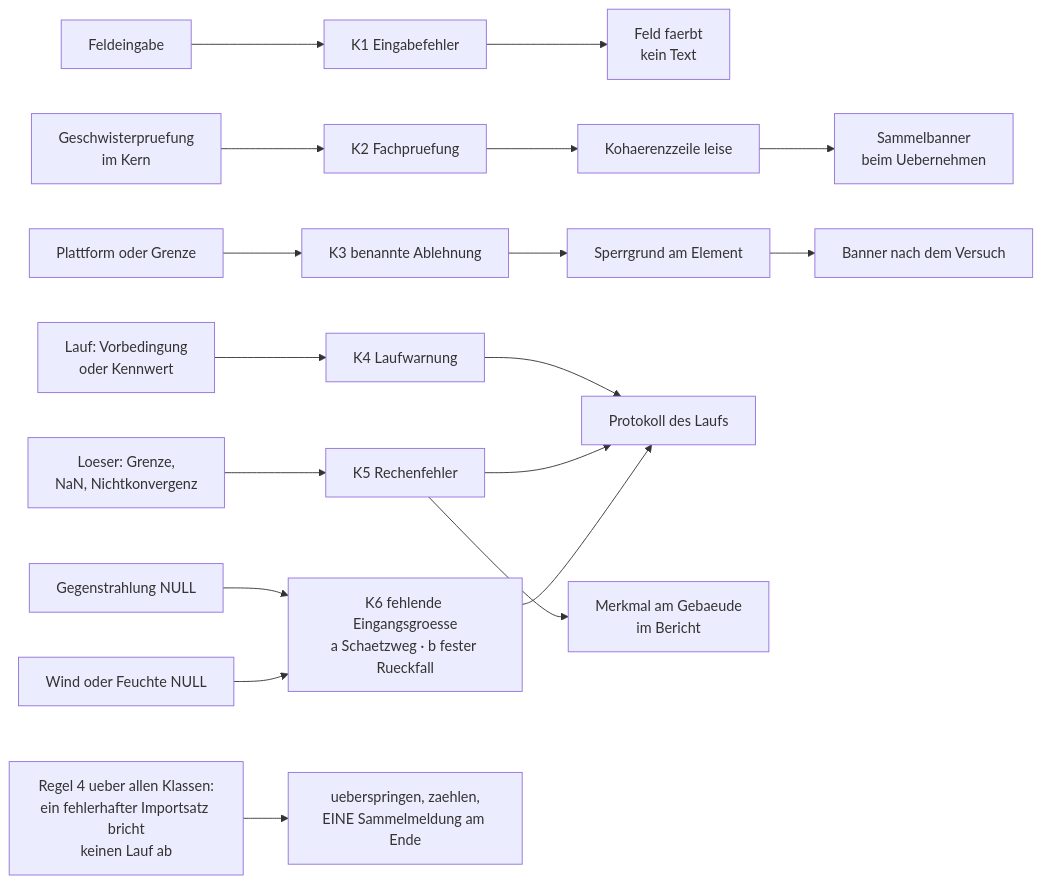
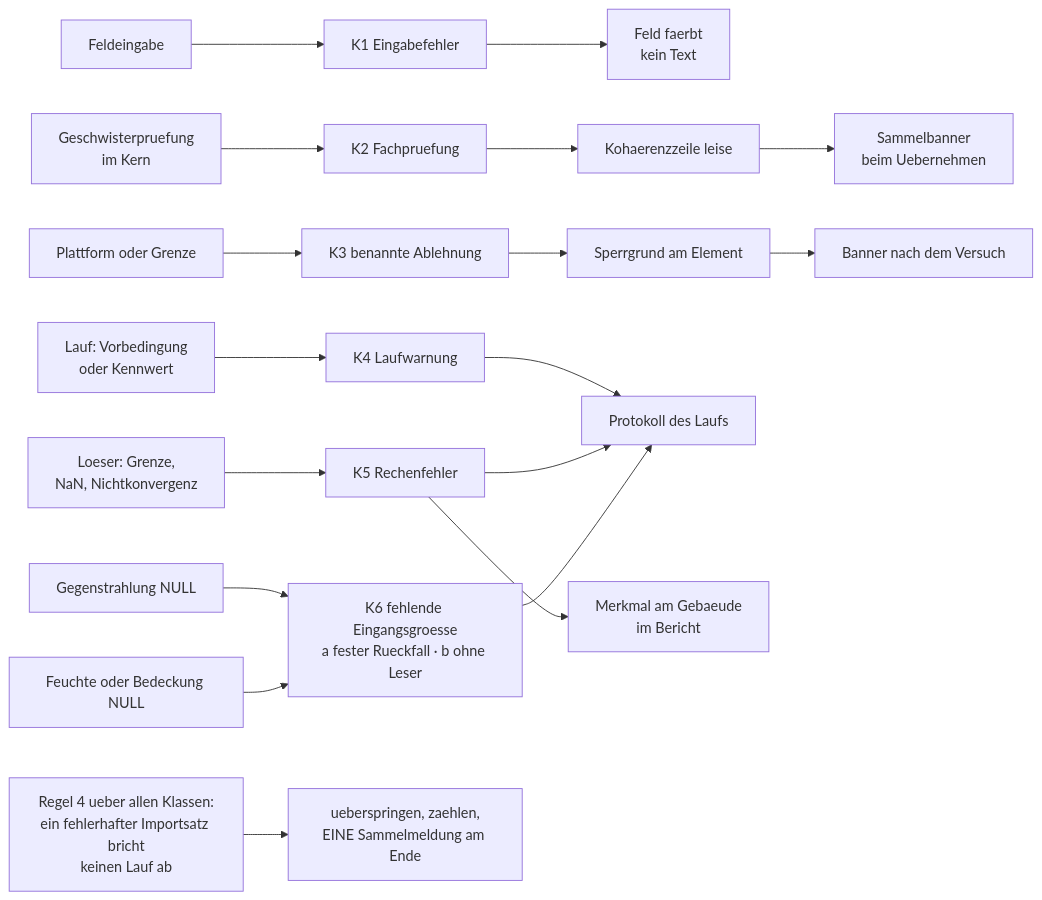
One commit to inekon/EPOS-Plan changed the seventh of 8 diagrams in Dokumentation/aktuell/Systementwurf_Gebaeudesimulation_EPOS-Plan.md. Above: the diagram before and after it, drawn with Mermaid. The commit also changed other lines of this file and 13 other files, not shown here.

````diff
--- a/Dokumentation/aktuell/Systementwurf_Gebaeudesimulation_EPOS-Plan.md
+++ b/Dokumentation/aktuell/Systementwurf_Gebaeudesimulation_EPOS-Plan.md
@@ -875,14 +887,14 @@
 ```mermaid
 flowchart LR
   A1["Feldeingabe"] --> K1["K1 Eingabefehler"] --> Z1["Feld faerbt<br/>kein Text"]
   A2["Geschwisterpruefung<br/>im Kern"] --> K2["K2 Fachpruefung"] --> Z2["Kohaerenzzeile leise"]
   Z2 --> Z2b["Sammelbanner<br/>beim Uebernehmen"]
   A3["Plattform oder Grenze"] --> K3["K3 benannte Ablehnung"] --> Z3["Sperrgrund am Element"]
   Z3 --> Z3b["Banner nach dem Versuch"]
   A4["Lauf: Vorbedingung<br/>oder Kennwert"] --> K4["K4 Laufwarnung"] --> Z4["Protokoll des Laufs"]
   A5["Loeser: Grenze,<br/>NaN, Nichtkonvergenz"] --> K5["K5 Rechenfehler"] --> Z4
   K5 --> Z5["Merkmal am Gebaeude<br/>im Bericht"]
-  A6a["Gegenstrahlung NULL"] --> K6["K6 fehlende Eingangsgroesse<br/>a Schaetzweg · b fester Rueckfall"] --> Z4
-  A6b["Wind oder Feuchte NULL"] --> K6
+  A6a["Gegenstrahlung NULL"] --> K6["K6 fehlende Eingangsgroesse<br/>a fester Rueckfall · b ohne Leser"] --> Z4
+  A6b["Feuchte oder Bedeckung NULL"] --> K6
   R4["Regel 4 ueber allen Klassen:<br/>ein fehlerhafter Importsatz bricht<br/>keinen Lauf ab"] --> ZR["ueberspringen, zaehlen,<br/>EINE Sammelmeldung am Ende"]
 ```
````
